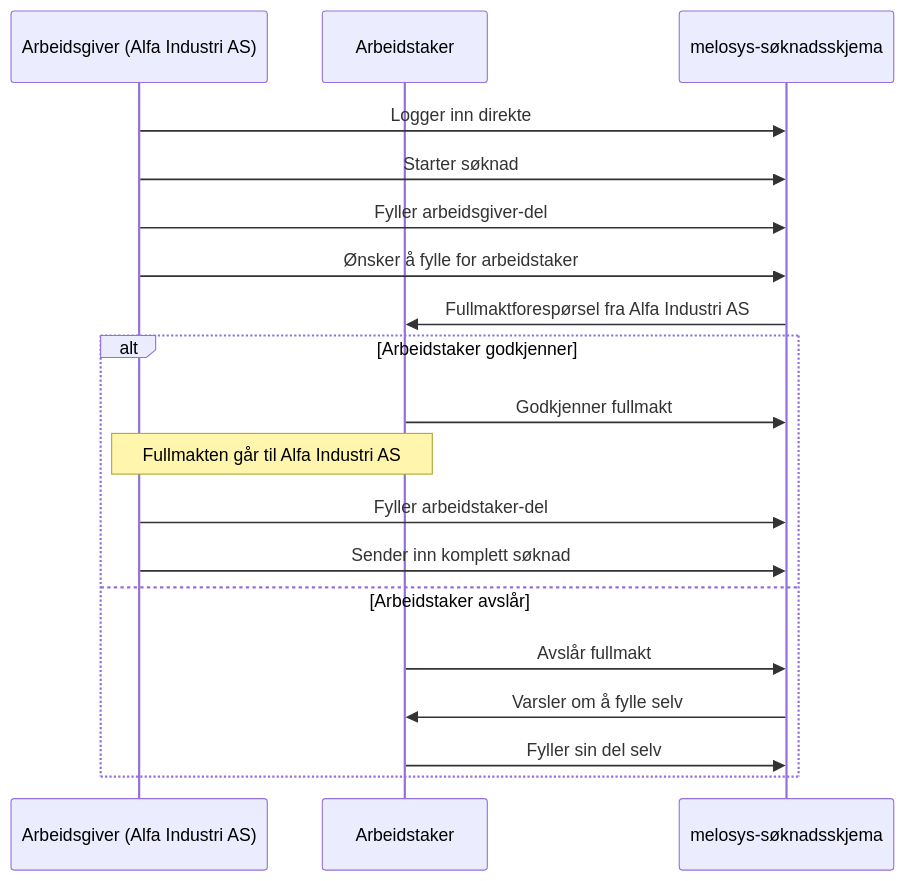
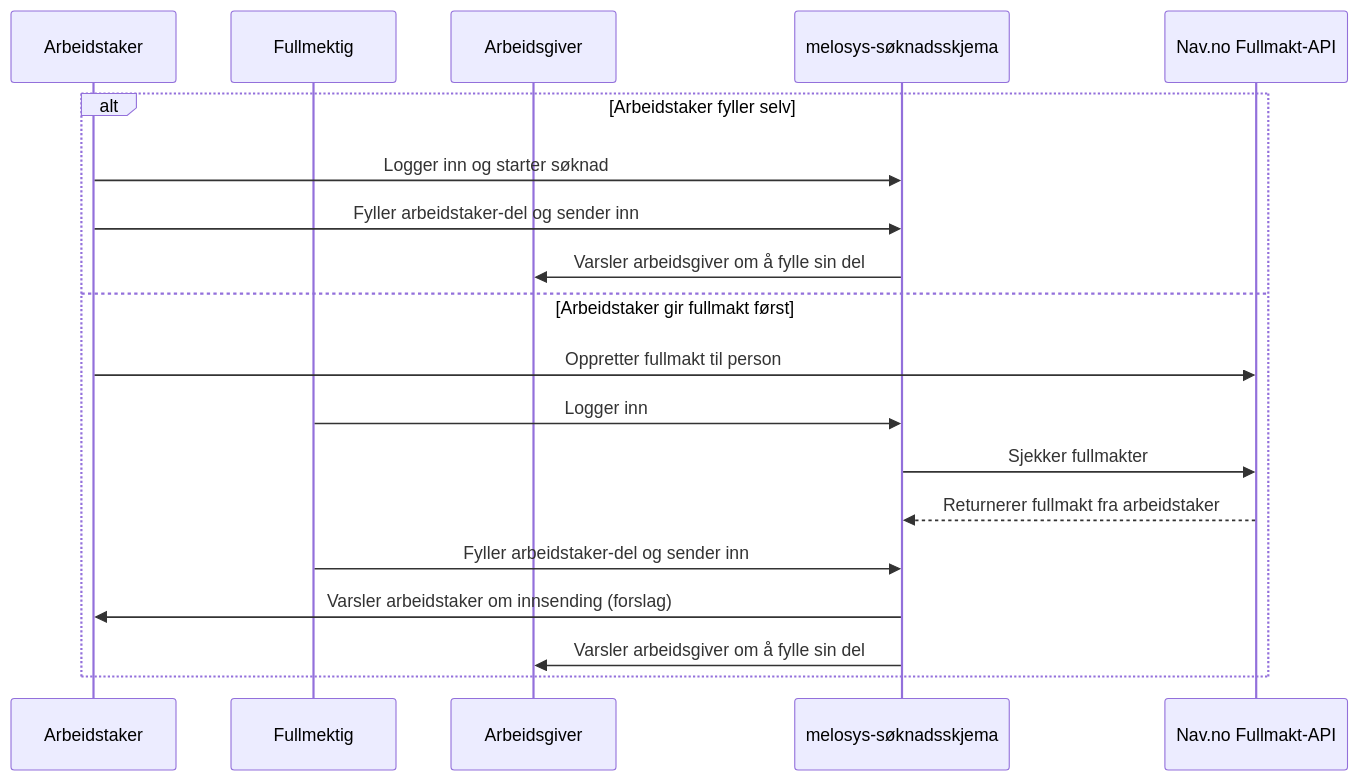
Before and after one commit to navikt/melosys-skjema-api: the third of 3 diagrams in fullmakt.md, drawn with Mermaid. The commit also changed other lines of this file and 2 other files, not shown here.

````diff
--- a/fullmakt.md
+++ b/fullmakt.md
@@ -71,24 +114,22 @@
 ```mermaid
 sequenceDiagram
-    participant AG as Arbeidsgiver (Alfa Industri AS)
     participant AT as Arbeidstaker
+    participant FM as Fullmektig
+    participant AG as Arbeidsgiver
     participant System as melosys-søknadsskjema
-    
-    AG->>System: Logger inn direkte
-    AG->>System: Starter søknad
-    AG->>System: Fyller arbeidsgiver-del
-    AG->>System: Ønsker å fylle for arbeidstaker
-    
-    System->>AT: Fullmaktforespørsel fra Alfa Industri AS
-    
-    alt Arbeidstaker godkjenner
-        AT->>System: Godkjenner fullmakt
-        Note over AG,AT: Fullmakten går til Alfa Industri AS
-        AG->>System: Fyller arbeidstaker-del
-        AG->>System: Sender inn komplett søknad
-    else Arbeidstaker avslår
-        AT->>System: Avslår fullmakt
-        System->>AT: Varsler om å fylle selv
-        AT->>System: Fyller sin del selv
+    participant NavAPI as Nav.no Fullmakt-API
+
+    alt Arbeidstaker fyller selv
+        AT->>System: Logger inn og starter søknad
+        AT->>System: Fyller arbeidstaker-del og sender inn
+        System->>AG: Varsler arbeidsgiver om å fylle sin del
+    else Arbeidstaker gir fullmakt først
+        AT->>NavAPI: Oppretter fullmakt til person
+        FM->>System: Logger inn
+        System->>NavAPI: Sjekker fullmakter
+        NavAPI-->>System: Returnerer fullmakt fra arbeidstaker
+        FM->>System: Fyller arbeidstaker-del og sender inn
+        System->>AT: Varsler arbeidstaker om innsending (forslag)
+        System->>AG: Varsler arbeidsgiver om å fylle sin del
     end
 ```
````
